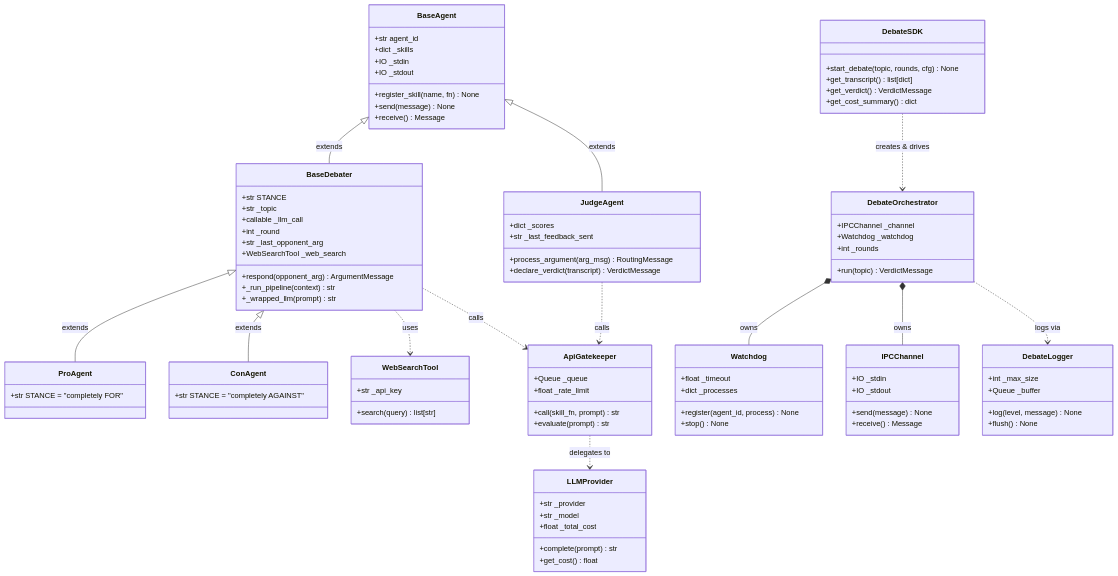
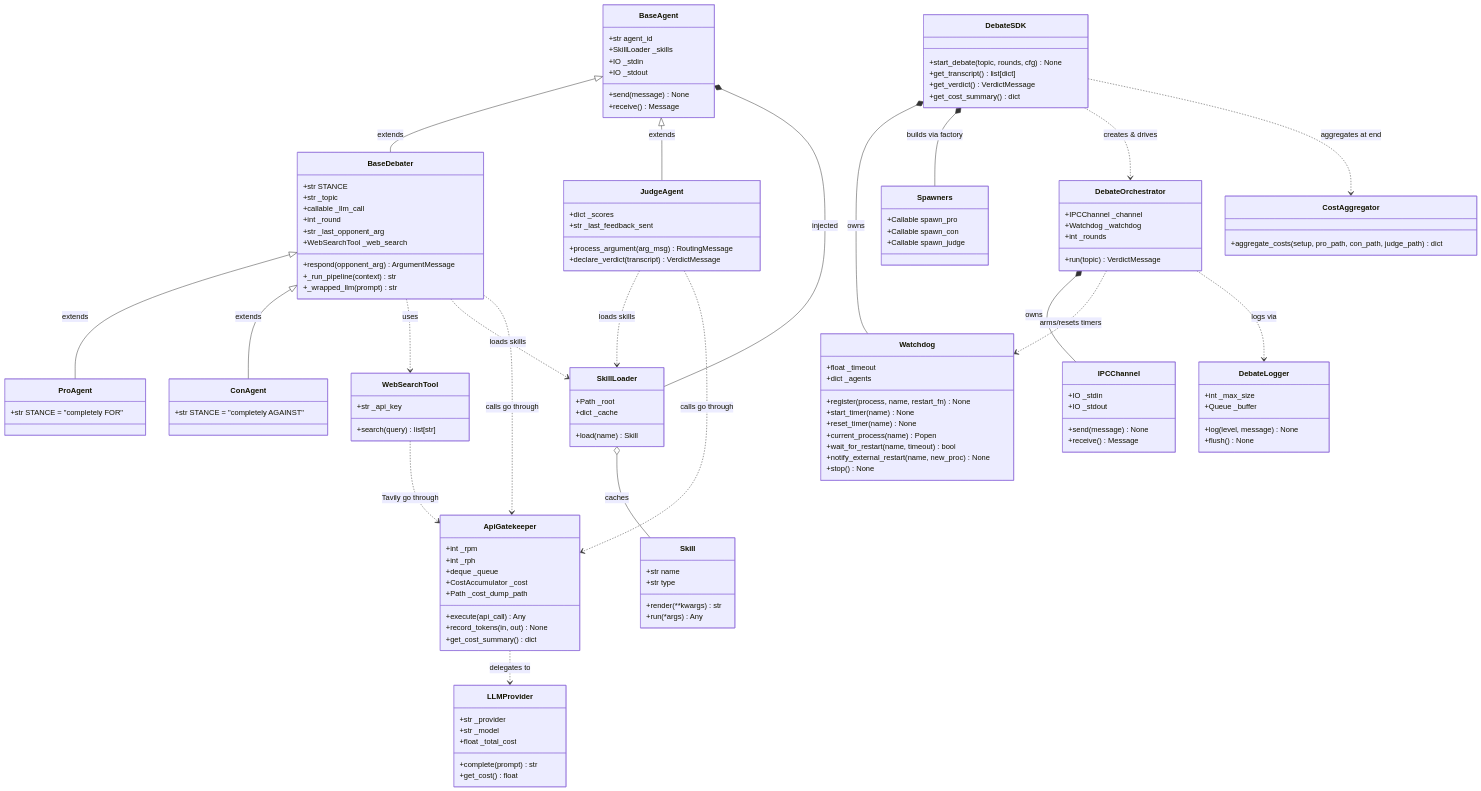
One commit to ndvp39/Agents_Debate changed the diagram in assets/architecture_oop.md. Above: the diagram before and after it, drawn with Mermaid. The commit also changed 11 other files, not shown here.

Commit message:
docs(prd): align PRDs and architecture diagrams with the implemented system

````diff
--- a/assets/architecture_oop.md
+++ b/assets/architecture_oop.md
@@ -14,12 +14,23 @@
 classDiagram
     class BaseAgent {
         +str agent_id
-        +dict _skills
+        +SkillLoader _skills
         +IO _stdin
         +IO _stdout
-        +register_skill(name, fn) None
         +send(message) None
         +receive() Message
+    }
+
+    class SkillLoader {
+        +Path _root
+        +dict _cache
+        +load(name) Skill
+    }
+    class Skill {
+        +str name
+        +str type
+        +render(**kwargs) str
+        +run(*args) Any
     }
 
     class BaseDebater {
@@ -56,9 +67,20 @@
 
     class Watchdog {
         +float _timeout
-        +dict _processes
-        +register(agent_id, process) None
+        +dict _agents
+        +register(process, name, restart_fn) None
+        +start_timer(name) None
+        +reset_timer(name) None
+        +current_process(name) Popen
+        +wait_for_restart(name, timeout) bool
+        +notify_external_restart(name, new_proc) None
         +stop() None
+    }
+
+    class Spawners {
+        +Callable spawn_pro
+        +Callable spawn_con
+        +Callable spawn_judge
     }
 
     class DebateOrchestrator {
@@ -83,10 +105,18 @@
     }
 
     class ApiGatekeeper {
-        +Queue _queue
-        +float _rate_limit
-        +call(skill_fn, prompt) str
-        +evaluate(prompt) str
+        +int _rpm
+        +int _rph
+        +deque _queue
+        +CostAccumulator _cost
+        +Path _cost_dump_path
+        +execute(api_call) Any
+        +record_tokens(in, out) None
+        +get_cost_summary() dict
+    }
+
+    class CostAggregator {
+        +aggregate_costs(setup, pro_path, con_path, judge_path) dict
     }
 
     class LLMProvider {
@@ -111,14 +141,22 @@
     BaseAgent <|-- JudgeAgent : extends
 
     %% Composition
-    DebateOrchestrator *-- Watchdog : owns
+    DebateSDK *-- Watchdog : owns
+    DebateSDK *-- Spawners : builds via factory
     DebateOrchestrator *-- IPCChannel : owns
+    BaseAgent *-- SkillLoader : injected
+    SkillLoader o-- Skill : caches
 
     %% Dependencies / usage
     BaseDebater ..> WebSearchTool : uses
-    BaseDebater ..> ApiGatekeeper : calls
-    JudgeAgent ..> ApiGatekeeper : calls
+    BaseDebater ..> SkillLoader : loads skills
+    JudgeAgent ..> SkillLoader : loads skills
+    BaseDebater ..> ApiGatekeeper : calls go through
+    JudgeAgent ..> ApiGatekeeper : calls go through
+    WebSearchTool ..> ApiGatekeeper : Tavily go through
     ApiGatekeeper ..> LLMProvider : delegates to
     DebateSDK ..> DebateOrchestrator : creates & drives
+    DebateSDK ..> CostAggregator : aggregates at end
+    DebateOrchestrator ..> Watchdog : arms/resets timers
     DebateOrchestrator ..> DebateLogger : logs via
 ```
````
